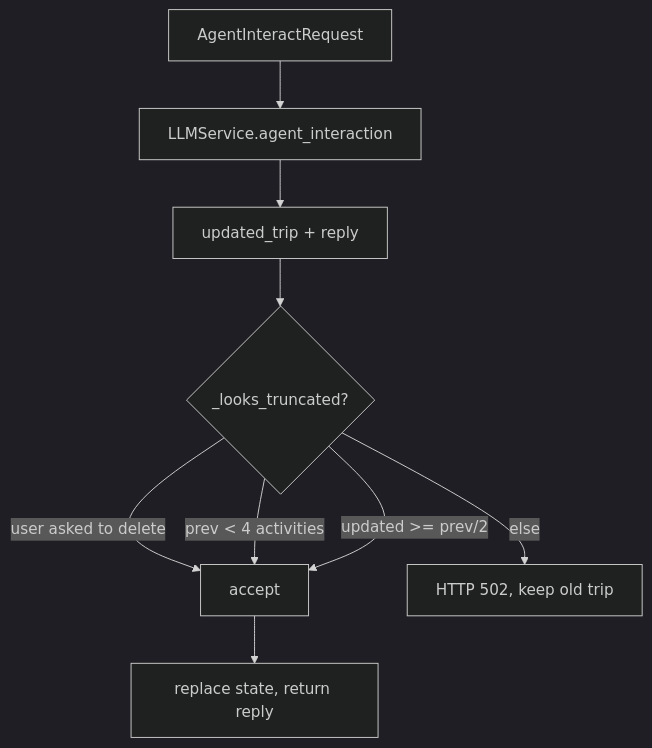
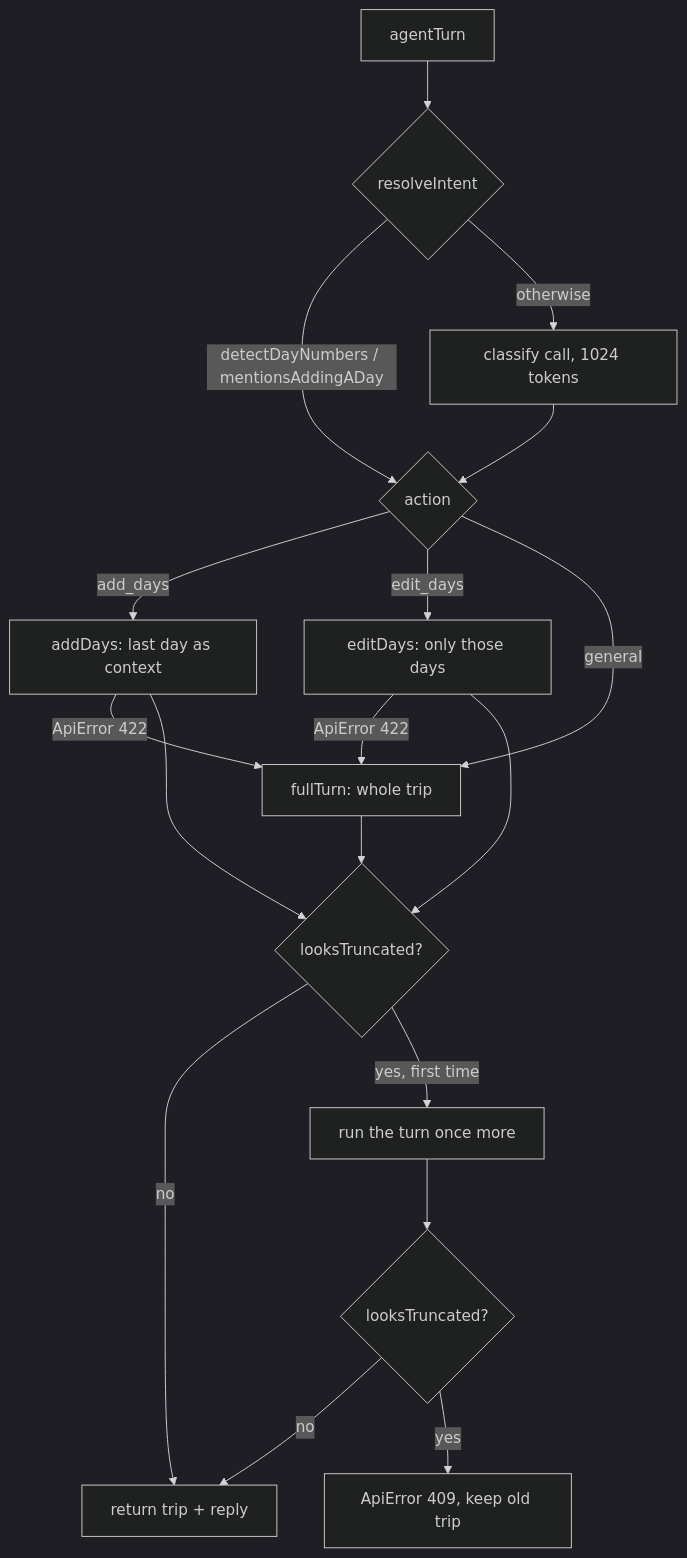
One commit to joka-7/AppMyTrip changed the third of 4 diagrams in docs/LLD.md. Above: the diagram before and after it, drawn with Mermaid (dark theme). The commit also changed other lines of this file and 170 other files, not shown here.

First line of the commit message:
feat!: keep trips on the device and in the user's Drive, add an Android app (#155)

````diff
--- a/docs/LLD.md
+++ b/docs/LLD.md
@@ -350,11 +342,17 @@
 ```mermaid
 flowchart TD
-    A[AgentInteractRequest] --> B[LLMService.agent_interaction]
-    B --> C[updated_trip + reply]
-    C --> D{_looks_truncated?}
-    D -->|user asked to delete| E[accept]
-    D -->|prev < 4 activities| E
-    D -->|updated >= prev/2| E
-    D -->|else| F[HTTP 502, keep old trip]
-    E --> G[replace state, return reply]
+    A[agentTurn] --> R{resolveIntent}
+    R -->|detectDayNumbers / mentionsAddingADay| S
+    R -->|otherwise| CL[classify call, 1024 tokens]
+    CL --> S{action}
+    S -->|add_days| AD[addDays: last day as context]
+    S -->|edit_days| ED[editDays: only those days]
+    S -->|general| FT[fullTurn: whole trip]
+    AD & ED -->|ApiError 422| FT
+    AD & ED & FT --> T{looksTruncated?}
+    T -->|no| OK[return trip + reply]
+    T -->|yes, first time| A2[run the turn once more]
+    A2 --> T2{looksTruncated?}
+    T2 -->|no| OK
+    T2 -->|yes| F[ApiError 409, keep old trip]
 ```
````
